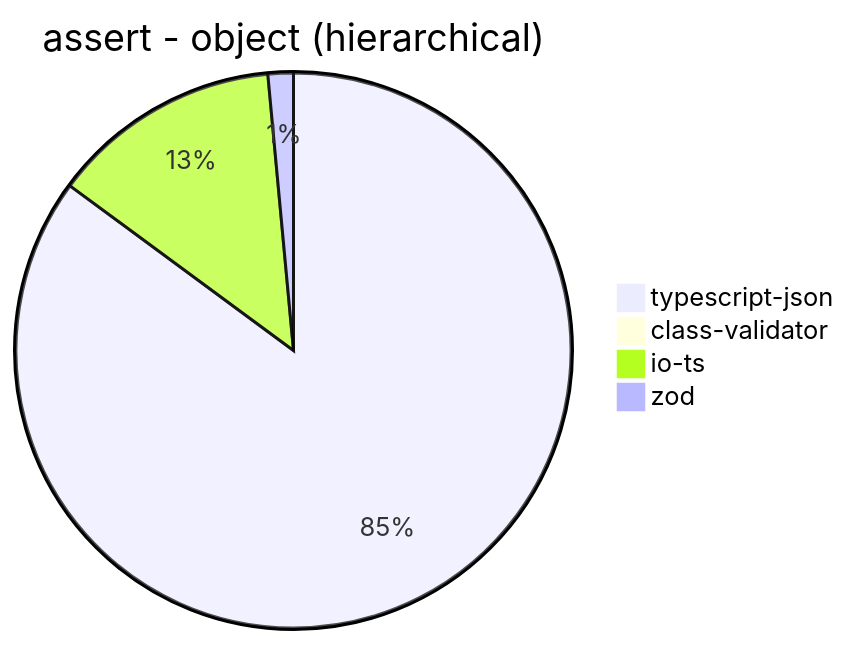
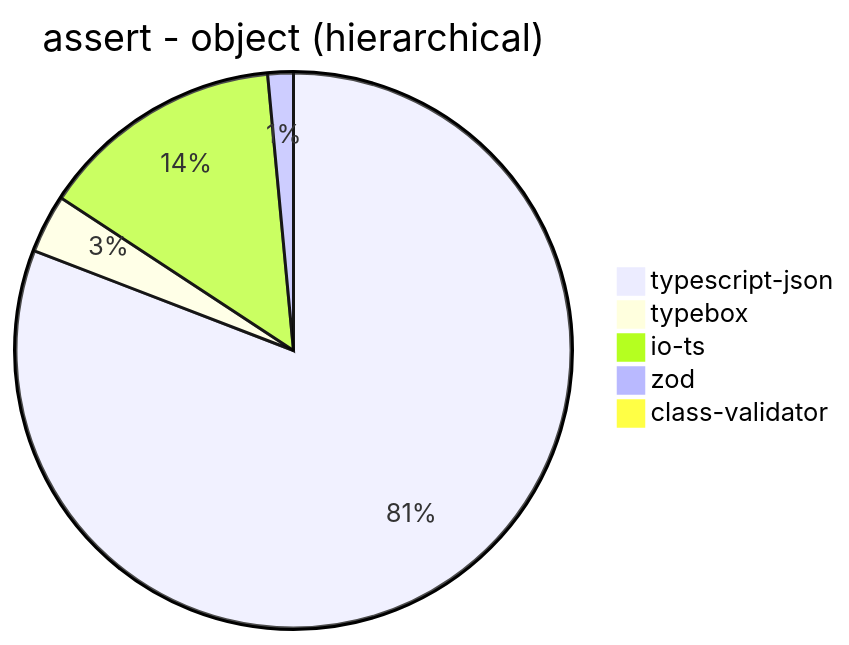
Before and after one commit to samchon/typia: the ninth of 39 diagrams in benchmark/results/AMD Ryzen 9 5900HX with Radeon Graphics.md, drawn with Mermaid. The commit also changed other lines of this file and 7 other files, not shown here.

````diff
--- a/benchmark/results/AMD Ryzen 9 5900HX with Radeon Graphics.md
+++ b/benchmark/results/AMD Ryzen 9 5900HX with Radeon Graphics.md
@@ -118,7 +126,8 @@
 ```mermaid
 pie title assert - object (hierarchical)
-  "typescript-json": 26022.03906110016
-  "class-validator": 69.37033084311634
-  "io-ts": 4102.685050798259
-  "zod": 451.5031196823596
+  "typescript-json": 23460.77903428469
+  "typebox": 987.5604699378023
+  "io-ts": 4138.742023701003
+  "zod": 432.34138124649076
+  "class-validator": 68.4654919236417
 ```
````
